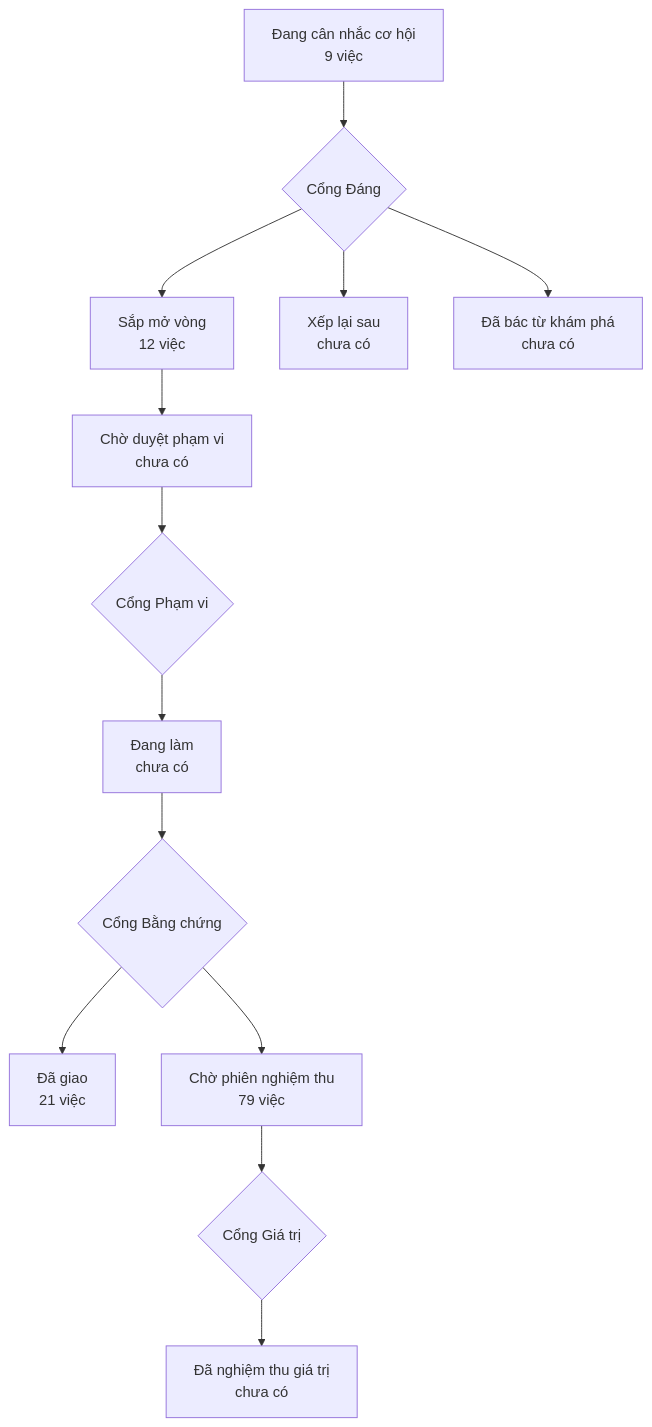
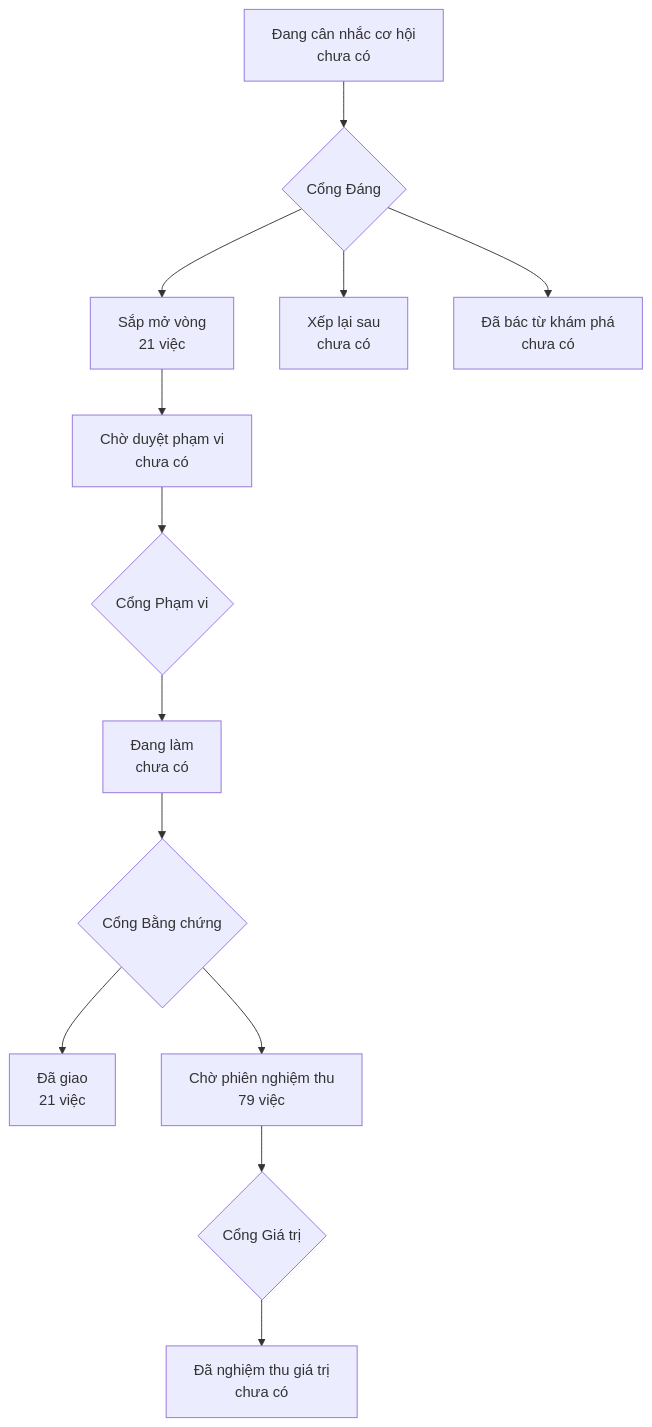
Before and after one commit to phanlemanh/onehub-quy-hang: the diagram in PRODUCT-MAP.md, drawn with Mermaid. The commit also changed other lines of this file and 10 other files, not shown here.

First line of the commit message:
chore(acceptance): 9 hàng — Cổng Đáng: build (Manh Phan)

````diff
--- a/PRODUCT-MAP.md
+++ b/PRODUCT-MAP.md
@@ -7,12 +7,12 @@
 ```mermaid
 flowchart TD
-  A["Đang cân nhắc cơ hội<br/>9 việc"] --> GD{"Cổng Đáng"}
-  GD --> B["Sắp mở vòng<br/>12 việc"]
+  A["Đang cân nhắc cơ hội<br/>chưa có"] --> GD{"Cổng Đáng"}
+  GD --> B["Sắp mở vòng<br/>21 việc"]
   GD --> XL["Xếp lại sau<br/>chưa có"]
   GD --> DB["Đã bác từ khám phá<br/>chưa có"]
   B --> CD["Chờ duyệt phạm vi<br/>chưa có"] --> GP{"Cổng Phạm vi"}
   GP --> DL["Đang làm<br/>chưa có"] --> GB{"Cổng Bằng chứng"}
   GB --> DG["Đã giao<br/>21 việc"]
   GB --> CN["Chờ phiên nghiệm thu<br/>79 việc"] --> GG{"Cổng Giá trị"}
   GG --> NT["Đã nghiệm thu giá trị<br/>chưa có"]
 ```
````
